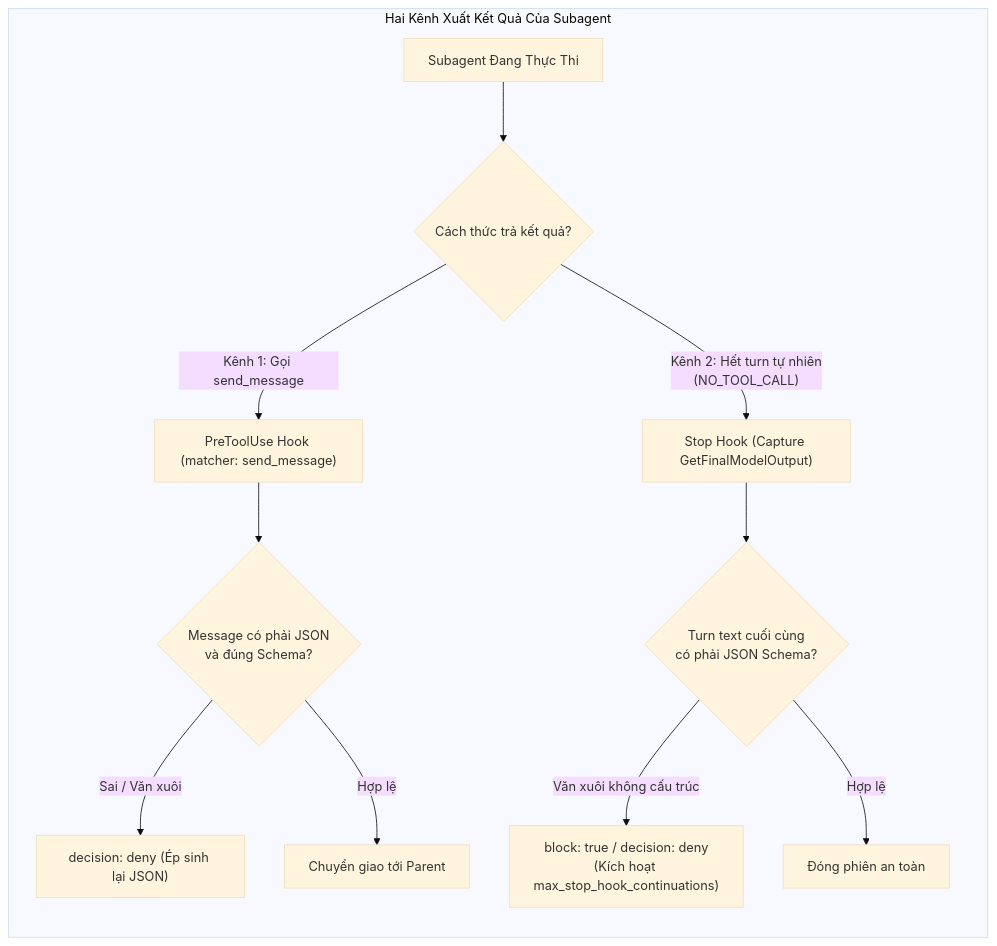
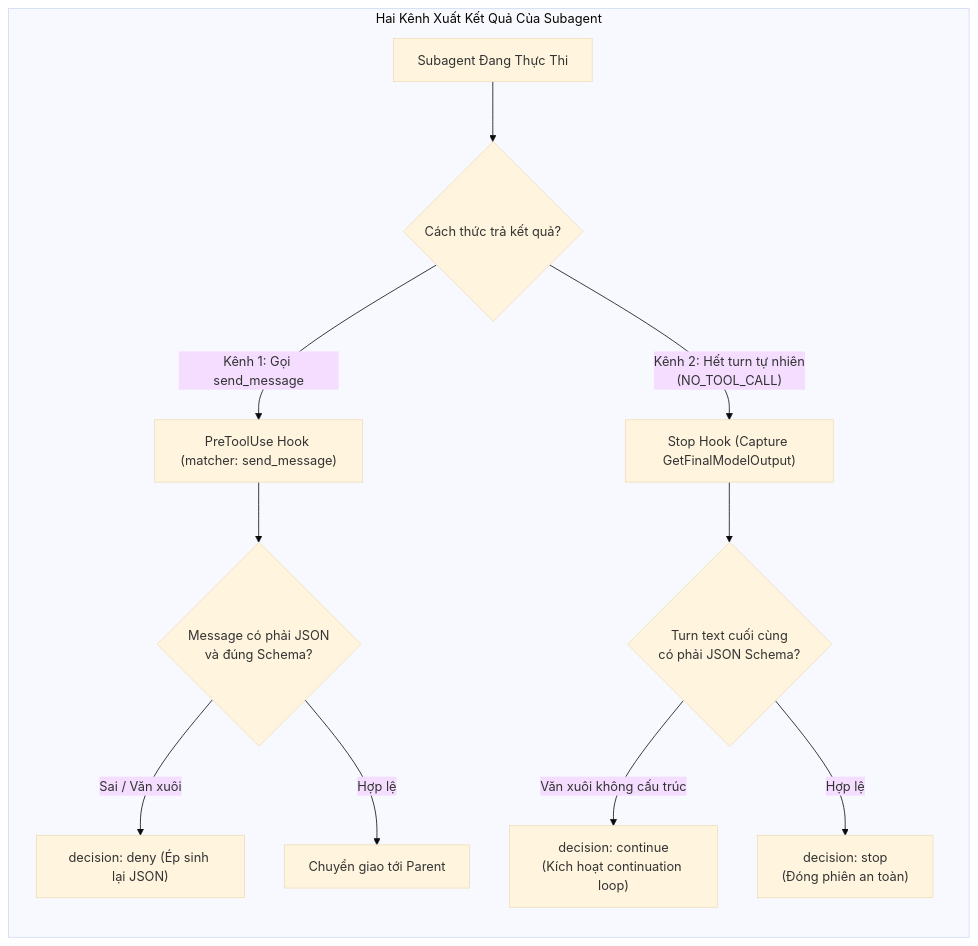
Before and after one commit to vuthuonghai-steve/auto-rep-zalo: the first of 3 diagrams in Docs/AGENTS_ANALYSTS/harness-architecture-evaluation/04-structured-output-and-rule-to-script-matrix.md, drawn with Mermaid (base theme). The commit also changed other lines of this file and 8 other files, not shown here.

````diff
--- a/Docs/AGENTS_ANALYSTS/harness-architecture-evaluation/04-structured-output-and-rule-to-script-matrix.md
+++ b/Docs/AGENTS_ANALYSTS/harness-architecture-evaluation/04-structured-output-and-rule-to-script-matrix.md
@@ -32,17 +32,17 @@
 ```mermaid
 flowchart TD
     subgraph SubagentLifecycle["Hai Kênh Xuất Kết Quả Của Subagent"]
         direction TB
         Sub["Subagent Đang Thực Thi"] --> Branch{"Cách thức trả kết quả?"}
         
         Branch -- "Kênh 1: Gọi send_message" --> K1["PreToolUse Hook (matcher: send_message)"]
         K1 --> Validate1{"Message có phải JSON\nvà đúng Schema?"}
         Validate1 -- "Sai / Văn xuôi" --> Deny1["decision: deny (Ép sinh lại JSON)"]
         Validate1 -- "Hợp lệ" --> Pass1["Chuyển giao tới Parent"]
         
         Branch -- "Kênh 2: Hết turn tự nhiên\n(NO_TOOL_CALL)" --> K2["Stop Hook (Capture GetFinalModelOutput)"]
         K2 --> Validate2{"Turn text cuối cùng\ncó phải JSON Schema?"}
-        Validate2 -- "Văn xuôi không cấu trúc" --> Deny2["block: true / decision: deny\n(Kích hoạt max_stop_hook_continuations)"]
-        Validate2 -- "Hợp lệ" --> Pass2["Đóng phiên an toàn"]
+        Validate2 -- "Văn xuôi không cấu trúc" --> Deny2["decision: continue\n(Kích hoạt continuation loop)"]
+        Validate2 -- "Hợp lệ" --> Pass2["decision: stop\n(Đóng phiên an toàn)"]
     end
 ```
````
